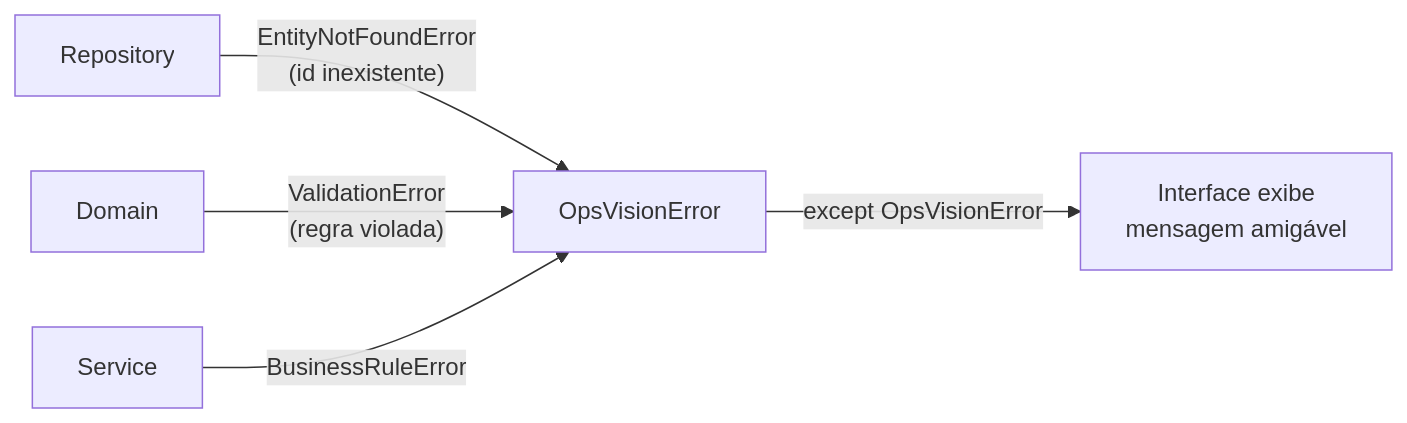
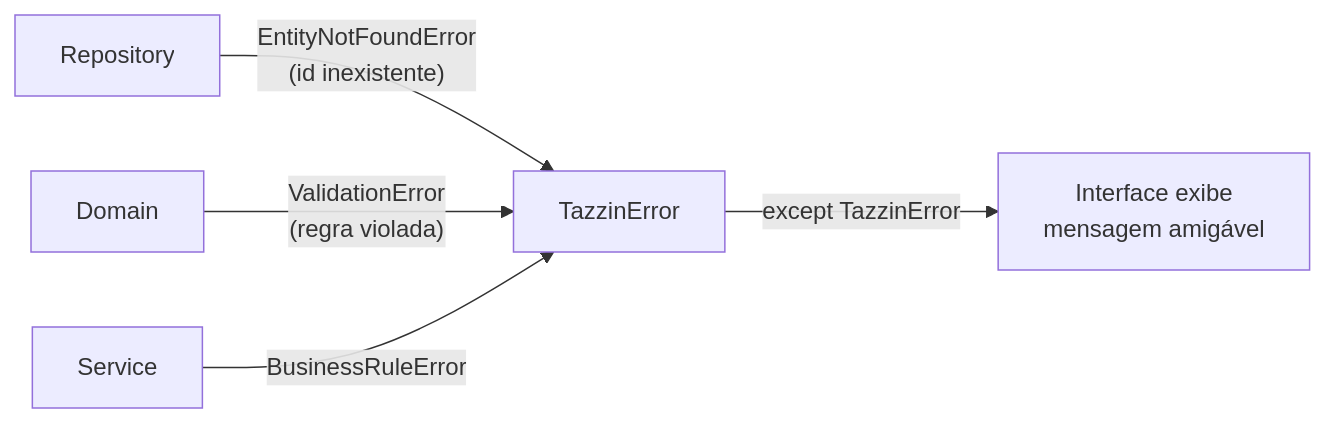
One commit to DouglasTassinari/OpsVision changed the third of 6 diagrams in docs/DOCUMENTACAO_TECNICA.md. Above: the diagram before and after it, drawn with Mermaid. The commit also changed other lines of this file and 35 other files, not shown here.

First line of the commit message:
feat: rebranding do OpsVision para Sistema TAZZIN

````diff
--- a/docs/DOCUMENTACAO_TECNICA.md
+++ b/docs/DOCUMENTACAO_TECNICA.md
@@ -246,7 +247,7 @@
 ```mermaid
 flowchart LR
-    A[Repository] -->|"EntityNotFoundError<br/>(id inexistente)"| D[OpsVisionError]
+    A[Repository] -->|"EntityNotFoundError<br/>(id inexistente)"| D[TazzinError]
     B[Domain] -->|"ValidationError<br/>(regra violada)"| D
     C[Service] -->|"BusinessRuleError"| D
-    D -->|"except OpsVisionError"| E[Interface exibe<br/>mensagem amigável]
+    D -->|"except TazzinError"| E[Interface exibe<br/>mensagem amigável]
 ```
````
